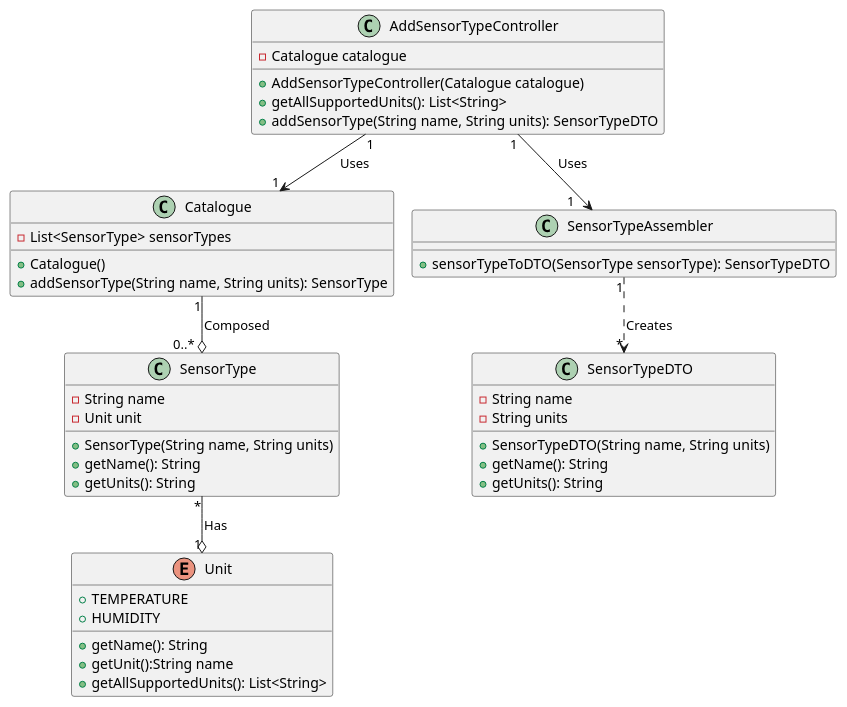
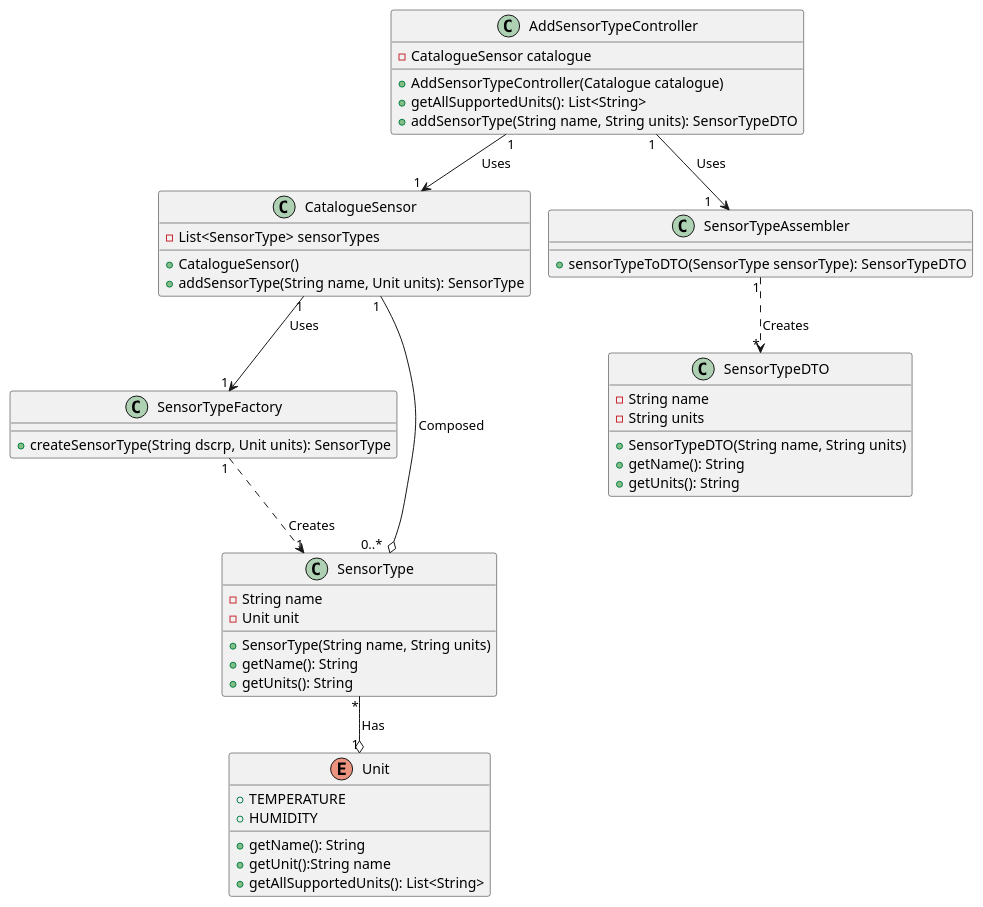
One commit to olivDiogo/SmartHome changed the diagram in docs/ood/classDiagram/US04AddSupportedSensorType.puml. Above: the diagram before and after it, drawn with PlantUML. The commit also changed 1 other file, not shown here.

Commit message:
Revised ood artifacts for US04 controller

```diff
--- a/docs/ood/classDiagram/US04AddSupportedSensorType.puml
+++ b/docs/ood/classDiagram/US04AddSupportedSensorType.puml
@@ -1,51 +1,57 @@
 @startuml
 !pragma layout smetana
 top to bottom direction
 skinparam linetype ortho
 
 class AddSensorTypeController {
--Catalogue catalogue
+-CatalogueSensor catalogue
 +AddSensorTypeController(Catalogue catalogue)
 +getAllSupportedUnits(): List<String>
 +addSensorType(String name, String units): SensorTypeDTO
 }
-class Catalogue {
+class CatalogueSensor {
 -List<SensorType> sensorTypes
-+Catalogue()
-+addSensorType(String name, String units): SensorType
++CatalogueSensor()
++addSensorType(String name, Unit units): SensorType
+}
+class SensorTypeFactory {
+
++createSensorType(String dscrp, Unit units): SensorType
 }
 class SensorType {
 -String name
 -Unit unit
 +SensorType(String name, String units)
 +getName(): String
 +getUnits(): String
 }
 enum Unit {
 +TEMPERATURE
 +HUMIDITY
 +getName(): String
 +getUnit():String name
 +getAllSupportedUnits(): List<String>
 }
 class SensorTypeAssembler {
 
 +sensorTypeToDTO(SensorType sensorType): SensorTypeDTO
 
 }
 class SensorTypeDTO {
 -String name
 -String units
 +SensorTypeDTO(String name, String units)
 +getName(): String
 +getUnits(): String
 }
 
-AddSensorTypeController "1"-->"1" Catalogue: Uses
-Catalogue "1"--o "0..*  " SensorType: Composed
+AddSensorTypeController "1"-->"1" CatalogueSensor: Uses
+CatalogueSensor "1"--o "0..*  " SensorType: Composed
+CatalogueSensor "1"--> "1" SensorTypeFactory: Uses
+SensorTypeFactory "1"..> "1" SensorType: Creates
 SensorType "*"--o "1" Unit: Has
 AddSensorTypeController "1"-->"1     " SensorTypeAssembler: Uses
 SensorTypeAssembler "1"..>"*" SensorTypeDTO: Creates
 
 
 @enduml
```
